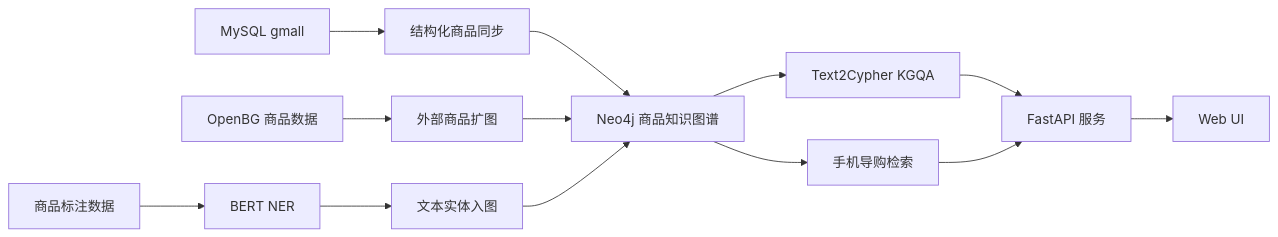
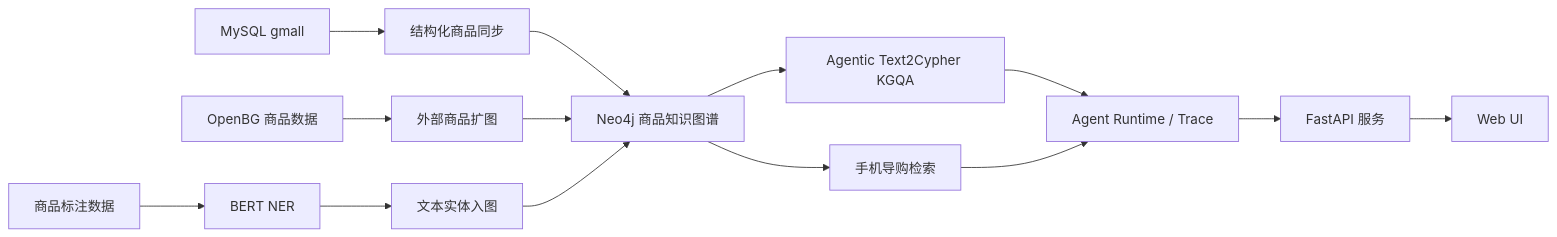
Before and after one commit to xiaoqkw/ec-knowledge-graph: the diagram in README.md, drawn with Mermaid. The commit also changed other lines of this file and 25 other files, not shown here.

Commit message:
feat: add agent runtime and trace APIs

````diff
--- a/README.md
+++ b/README.md
@@ -49,18 +49,19 @@
 ```mermaid
 flowchart LR
     A[MySQL gmall] --> B[结构化商品同步]
     C[OpenBG 商品数据] --> D[外部商品扩图]
     E[商品标注数据] --> F[BERT NER]
     F --> G[文本实体入图]
 
     B --> H[Neo4j 商品知识图谱]
     D --> H
     G --> H
 
-    H --> I[Text2Cypher KGQA]
+    H --> I[Agentic Text2Cypher KGQA]
     H --> J[手机导购检索]
 
-    I --> K[FastAPI 服务]
-    J --> K
+    I --> R[Agent Runtime / Trace]
+    J --> R
+    R --> K[FastAPI 服务]
     K --> L[Web UI]
 ```
````
